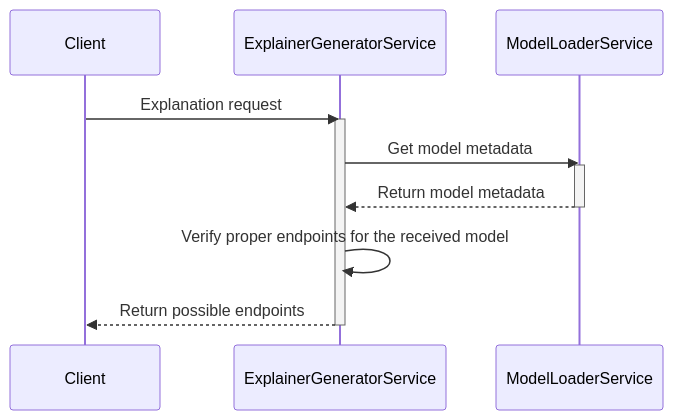
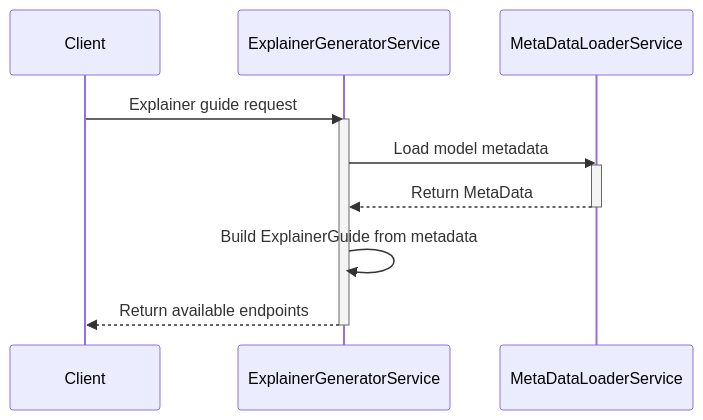
The second of 7 diagrams in README.md (agridatavalue/ADV-ALMA-XAI), drawn with Mermaid before and after one commit. The commit also changed other lines of this file, not shown here.

````diff
--- a/README.md
+++ b/README.md
@@ -120,16 +185,16 @@
 ```mermaid
 sequenceDiagram
     participant Client
     participant ExplainerGeneratorService
-    participant ModelLoaderService
+    participant MetaDataLoaderService
 
-    Client->>ExplainerGeneratorService: Explanation request
+    Client->>ExplainerGeneratorService: Explainer guide request
     activate ExplainerGeneratorService
-    ExplainerGeneratorService->>ModelLoaderService: Get model metadata
-    activate ModelLoaderService
-    ModelLoaderService-->>ExplainerGeneratorService: Return model metadata
-    deactivate ModelLoaderService
-    ExplainerGeneratorService->>ExplainerGeneratorService: Verify proper endpoints for the received model
-    ExplainerGeneratorService-->>Client: Return possible endpoints
+    ExplainerGeneratorService->>MetaDataLoaderService: Load model metadata
+    activate MetaDataLoaderService
+    MetaDataLoaderService-->>ExplainerGeneratorService: Return MetaData
+    deactivate MetaDataLoaderService
+    ExplainerGeneratorService->>ExplainerGeneratorService: Build ExplainerGuide from metadata
+    ExplainerGeneratorService-->>Client: Return available endpoints
     deactivate ExplainerGeneratorService
 ```
````
